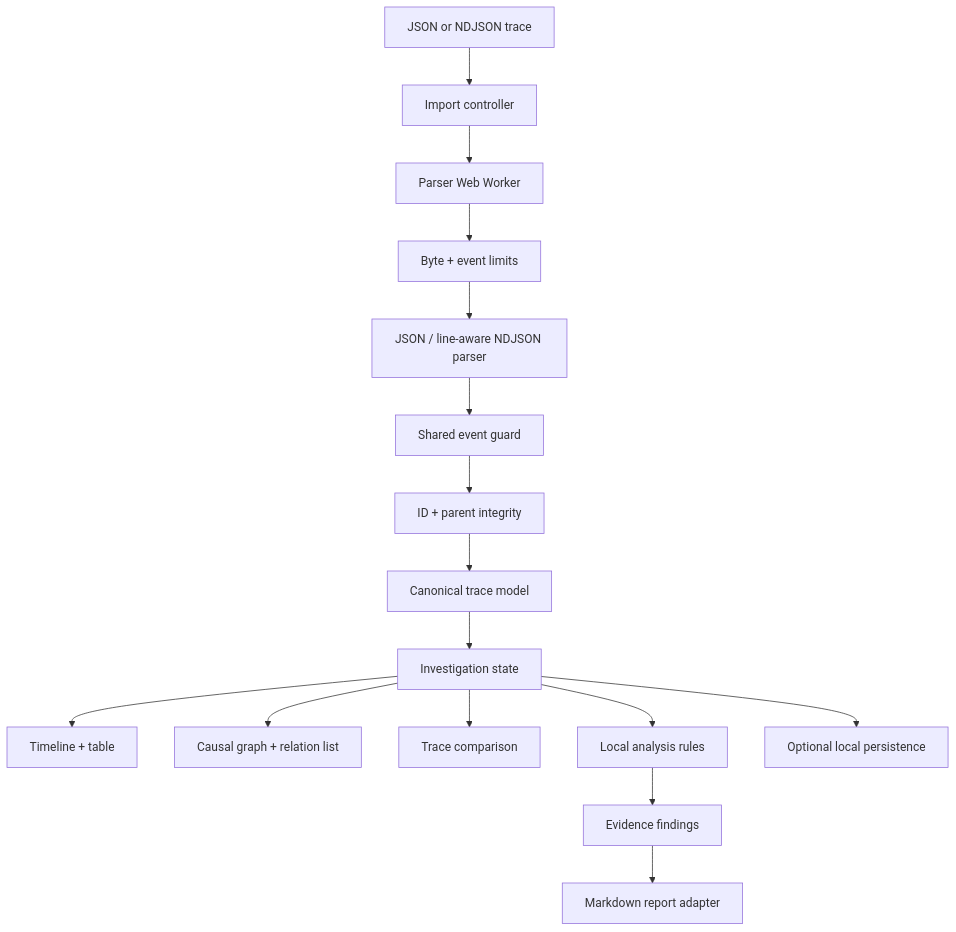
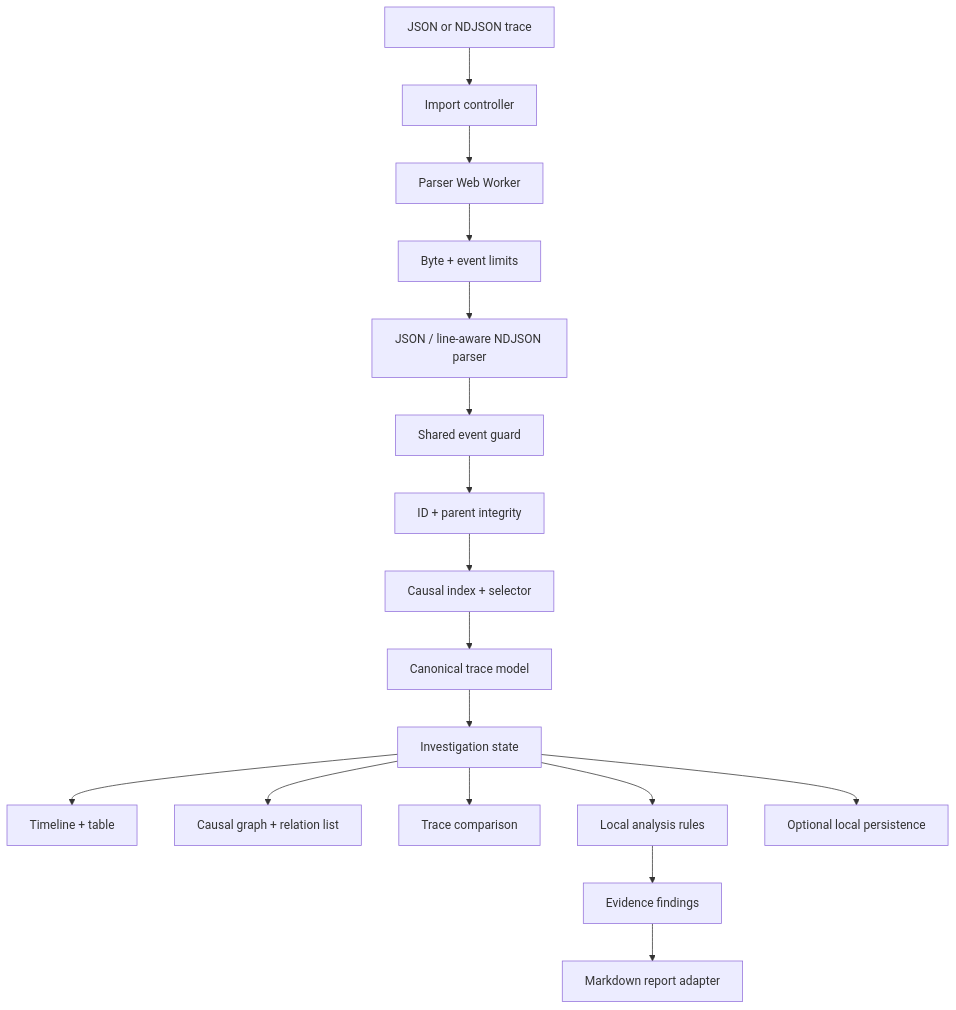
The first of 2 diagrams in eventweave/docs/architecture.md (ASKR04/JavaScript), drawn with Mermaid before and after one commit. The commit also changed other lines of this file and 2 other files, not shown here.

Commit message:
docs(eventweave): record causal handoff

````diff
--- a/eventweave/docs/architecture.md
+++ b/eventweave/docs/architecture.md
@@ -15,18 +15,19 @@
 ```mermaid
 flowchart TB
     File["JSON or NDJSON trace"] --> UI["Import controller"]
     UI --> Worker["Parser Web Worker"]
     Worker --> Limits["Byte + event limits"]
     Limits --> Syntax["JSON / line-aware NDJSON parser"]
     Syntax --> Guard["Shared event guard"]
     Guard --> Identity["ID + parent integrity"]
-    Identity --> Normalize["Canonical trace model"]
+    Identity --> Causal["Causal index + selector"]
+    Causal --> Normalize["Canonical trace model"]
     Normalize --> Store["Investigation state"]
     Store --> Timeline["Timeline + table"]
     Store --> Graph["Causal graph + relation list"]
     Store --> Compare["Trace comparison"]
     Store --> Heuristics["Local analysis rules"]
     Heuristics --> Findings["Evidence findings"]
     Findings --> Report["Markdown report adapter"]
     Store --> IndexedDB["Optional local persistence"]
 ```
````
